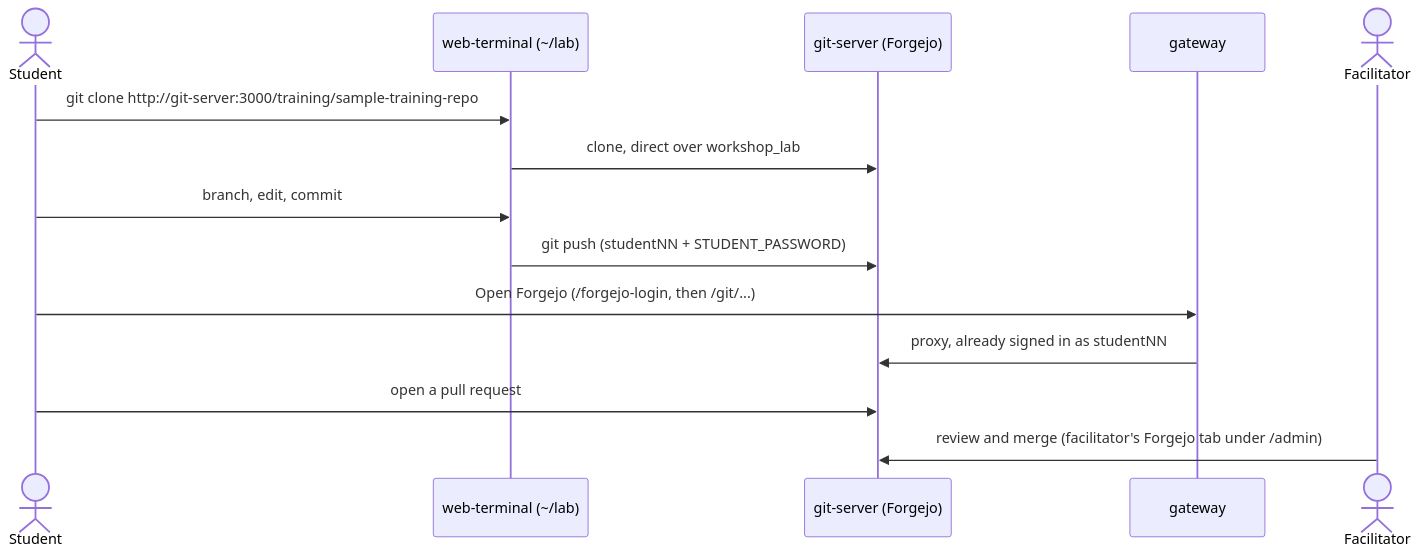
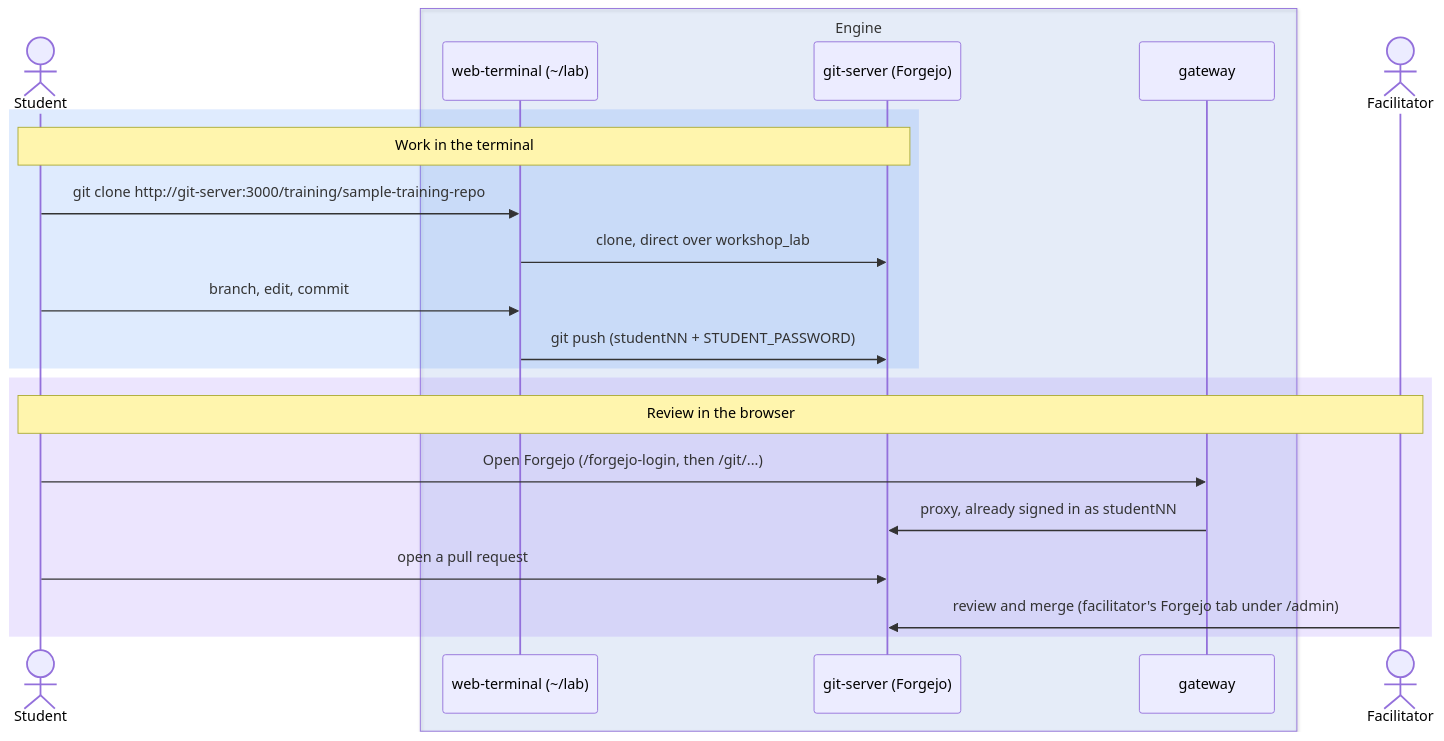
The fourth of 11 diagrams in README.md (fiddler110/GitOps_Dojo), drawn with Mermaid before and after one commit. The commit also changed other lines of this file, not shown here.

First line of the commit message:
Colour the README diagrams by role

````diff
--- a/README.md
+++ b/README.md
@@ -262,17 +290,26 @@
 ```mermaid
 sequenceDiagram
     actor S as Student
+    box rgba(59,130,246,0.1) Engine
     participant WT as web-terminal (~/lab)
     participant GS as git-server (Forgejo)
     participant GW as gateway
+    end
     actor F as Facilitator
 
+    rect rgba(59,130,246,0.16)
+    Note over S,GS: Work in the terminal
     S->>WT: git clone http://git-server:3000/training/sample-training-repo
     WT->>GS: clone, direct over workshop_lab
     S->>WT: branch, edit, commit
     WT->>GS: git push (studentNN + STUDENT_PASSWORD)
+    end
+
+    rect rgba(139,92,246,0.16)
+    Note over S,F: Review in the browser
     S->>GW: Open Forgejo (/forgejo-login, then /git/...)
     GW->>GS: proxy, already signed in as studentNN
     S->>GS: open a pull request
     F->>GS: review and merge (facilitator's Forgejo tab under /admin)
+    end
 ```
````
